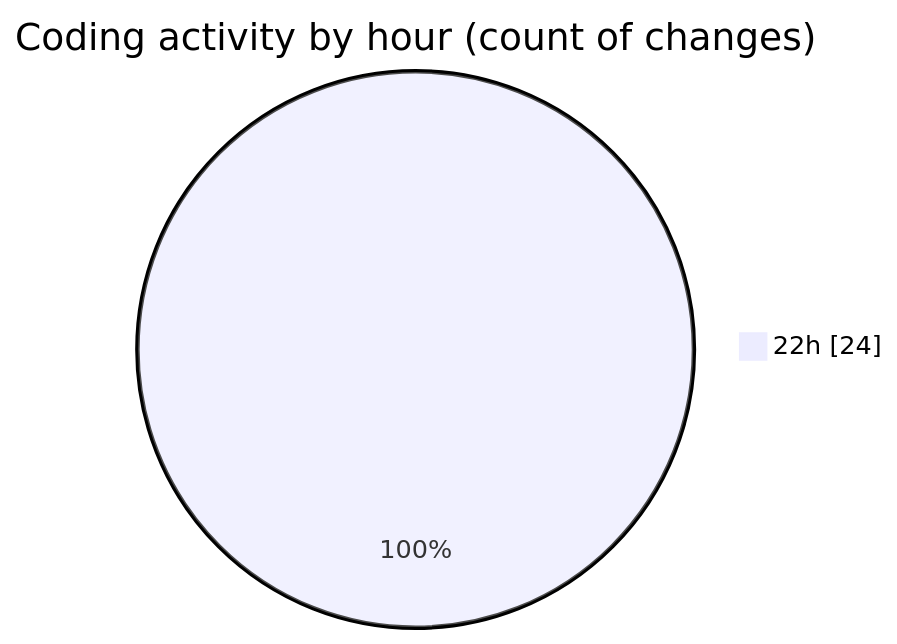
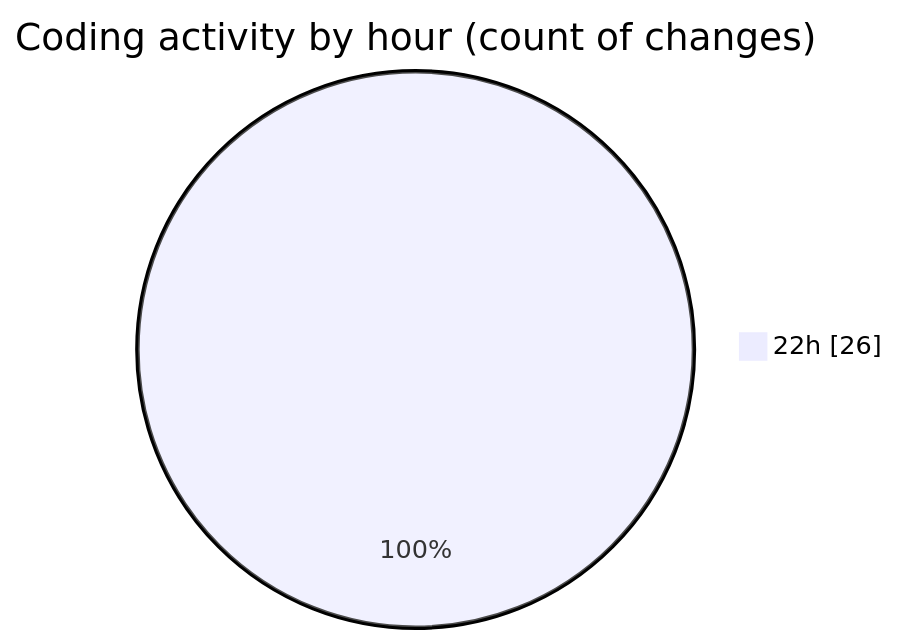
The second of 2 diagrams in 2025-03-26/myws__workspace_/README.md (MatusMokan/code-tracking), drawn with Mermaid before and after one commit. The commit also changed other lines of this file and 1 other file, not shown here.

````diff
--- a/2025-03-26/myws__workspace_/README.md
+++ b/2025-03-26/myws__workspace_/README.md
@@ -28,5 +28,5 @@
 ```mermaid
 pie showData
 title Coding activity by hour (count of changes)
-"22h" : 24
+"22h" : 26
 ```
````
